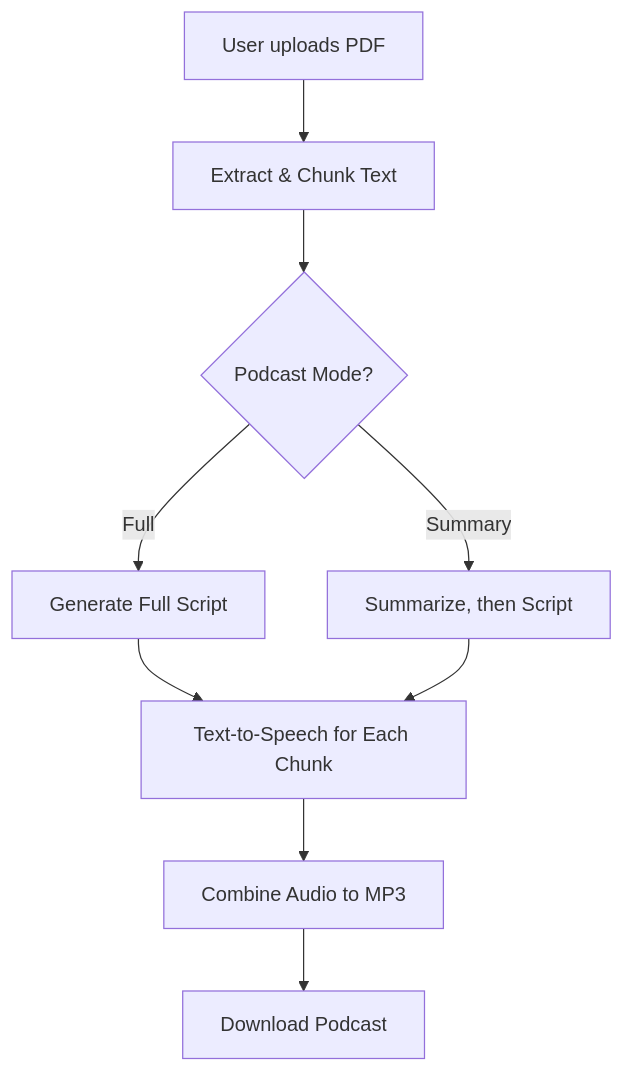
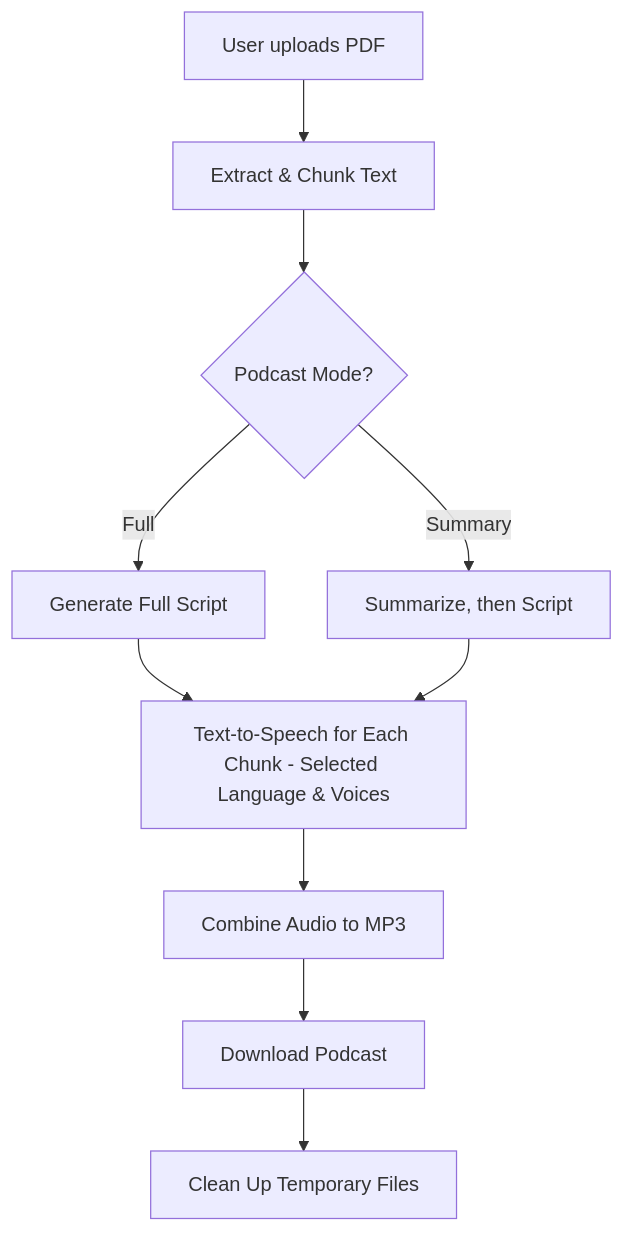
Before and after one commit to nishanttomar21/podify-my-paper: the diagram in README.md, drawn with Mermaid. The commit also changed other lines of this file and 3 other files, not shown here.

````diff
--- a/README.md
+++ b/README.md
@@ -17,11 +24,12 @@
 ```mermaid
 graph TD
     A[User uploads PDF] --> B[Extract & Chunk Text]
     B --> C{Podcast Mode?}
     C -- Full --> D[Generate Full Script]
     C -- Summary --> E[Summarize, then Script]
-    D --> F[Text-to-Speech for Each Chunk]
+    D --> F[Text-to-Speech for Each Chunk - Selected Language & Voices]
     E --> F
     F --> G[Combine Audio to MP3]
     G --> H[Download Podcast]
+    H --> I[Clean Up Temporary Files]
 ```
````
